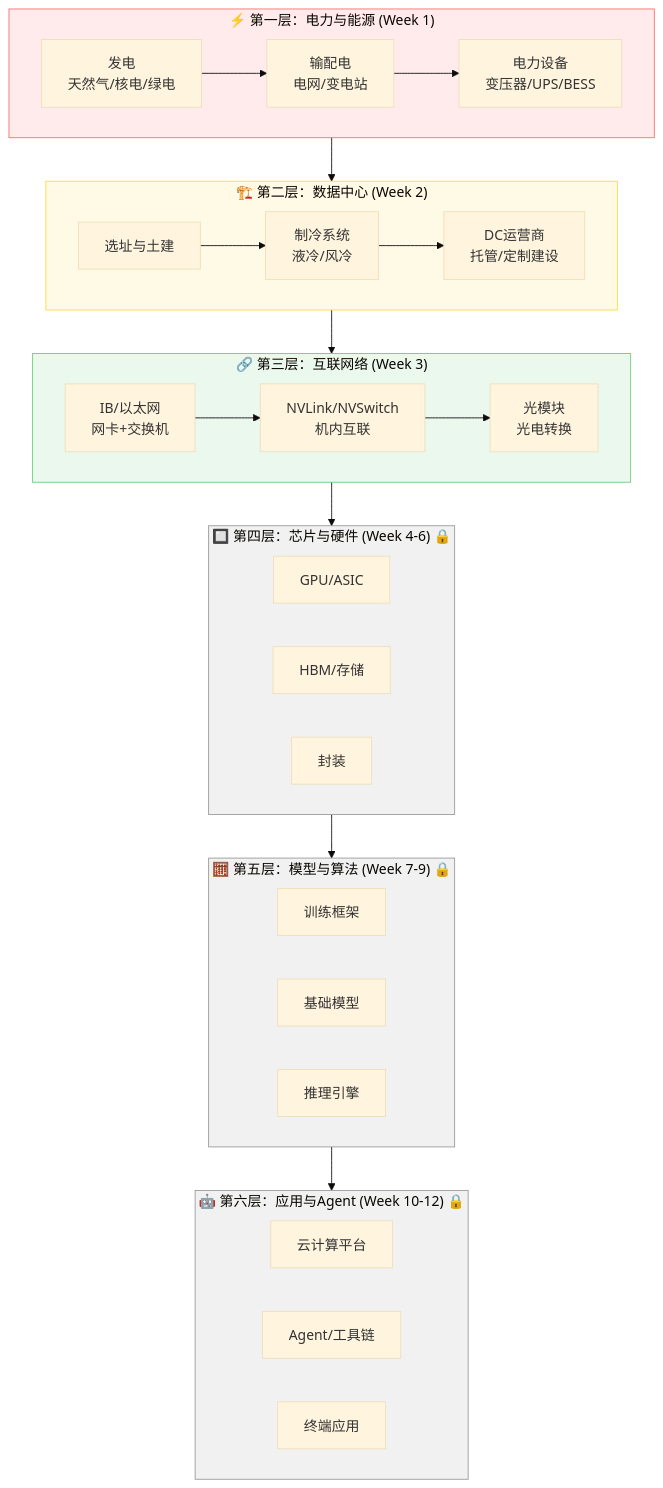
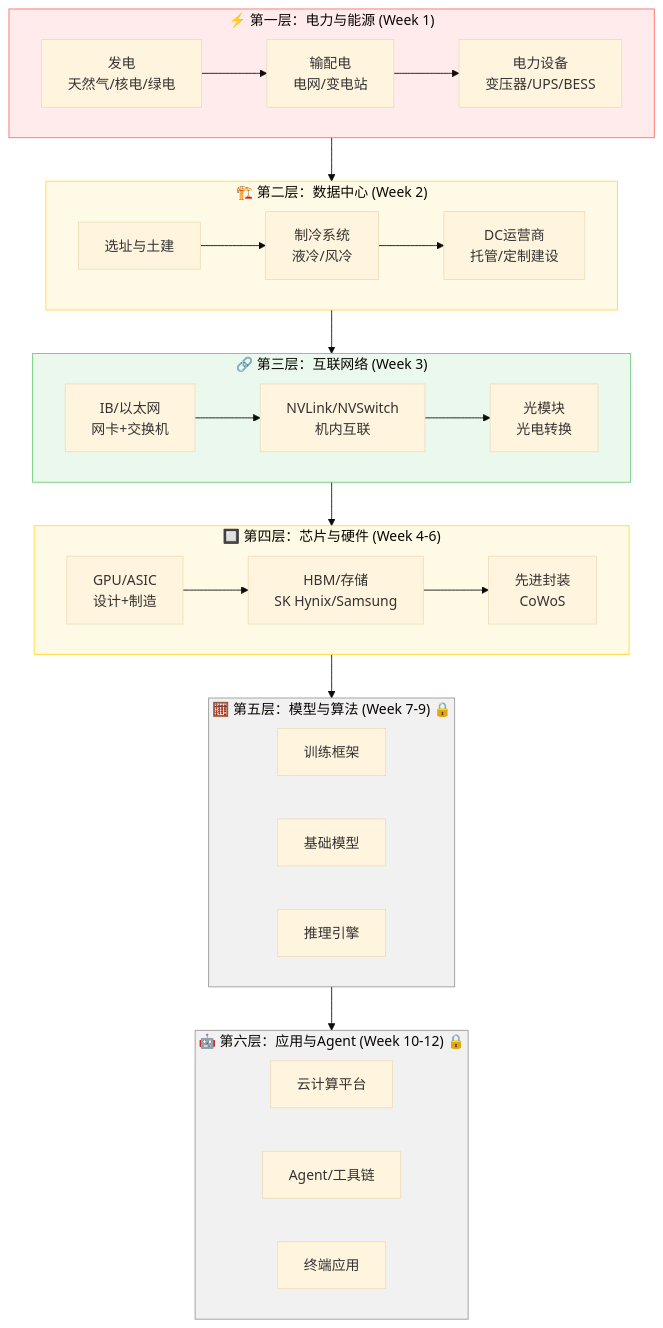
One commit to linyuhancelia/ai-industry-research changed the diagram in docs/investment-map.md. Above: the diagram before and after it, drawn with Mermaid (base theme). The commit also changed other lines of this file and 8 other files, not shown here.

````diff
--- a/docs/investment-map.md
+++ b/docs/investment-map.md
@@ -9,56 +9,57 @@
 ```mermaid
 graph TB
     subgraph L1["⚡ 第一层：电力与能源 (Week 1)"]
         direction LR
         A1["发电<br/>天然气/核电/绿电"]
         A2["输配电<br/>电网/变电站"]
         A3["电力设备<br/>变压器/UPS/BESS"]
         A1 --> A2 --> A3
     end
 
     subgraph L2["🏗️ 第二层：数据中心 (Week 2)"]
         direction LR
         B1["选址与土建"]
         B2["制冷系统<br/>液冷/风冷"]
         B3["DC运营商<br/>托管/定制建设"]
         B1 --> B2 --> B3
     end
 
     subgraph L3["🔗 第三层：互联网络 (Week 3)"]
         direction LR
         C1["IB/以太网<br/>网卡+交换机"]
         C2["NVLink/NVSwitch<br/>机内互联"]
         C3["光模块<br/>光电转换"]
         C1 --> C2 --> C3
     end
 
-    subgraph L4["🔲 第四层：芯片与硬件 (Week 4-6) 🔒"]
+    subgraph L4["🔲 第四层：芯片与硬件 (Week 4-6)"]
         direction LR
-        D1["GPU/ASIC"]
-        D2["HBM/存储"]
-        D3["封装"]
+        D1["GPU/ASIC<br/>设计+制造"]
+        D2["HBM/存储<br/>SK Hynix/Samsung"]
+        D3["先进封装<br/>CoWoS"]
+        D1 --> D2 --> D3
     end
 
     subgraph L5["🧮 第五层：模型与算法 (Week 7-9) 🔒"]
         direction LR
         E1["训练框架"]
         E2["基础模型"]
         E3["推理引擎"]
     end
 
     subgraph L6["🤖 第六层：应用与Agent (Week 10-12) 🔒"]
         direction LR
         F1["云计算平台"]
         F2["Agent/工具链"]
         F3["终端应用"]
     end
 
     L1 --> L2 --> L3 --> L4 --> L5 --> L6
 
     style L1 fill:#ff6b6b22,stroke:#ff6b6b
     style L2 fill:#ffd93d22,stroke:#ffd93d
     style L3 fill:#6bcb7722,stroke:#6bcb77
-    style L4 fill:#33333311,stroke:#999
+    style L4 fill:#ffd93d22,stroke:#ffd93d
     style L5 fill:#33333311,stroke:#999
     style L6 fill:#33333311,stroke:#999
 ```
````
